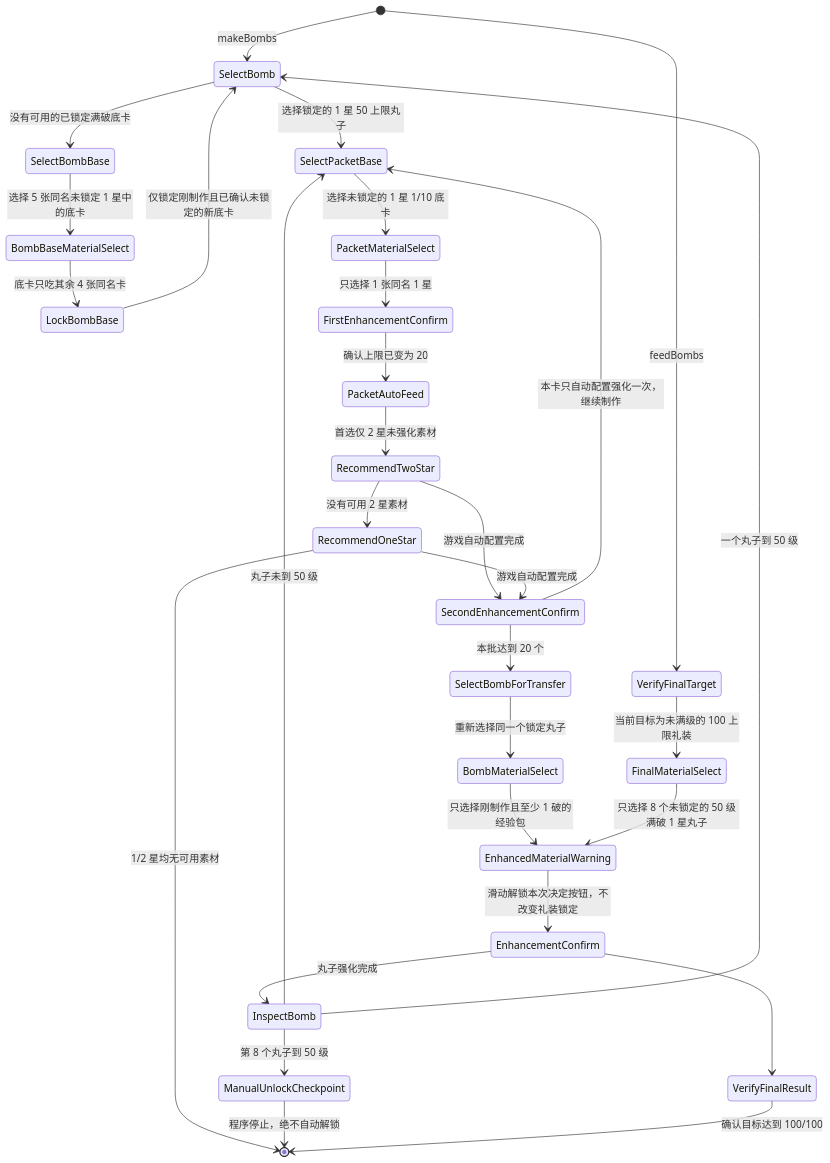
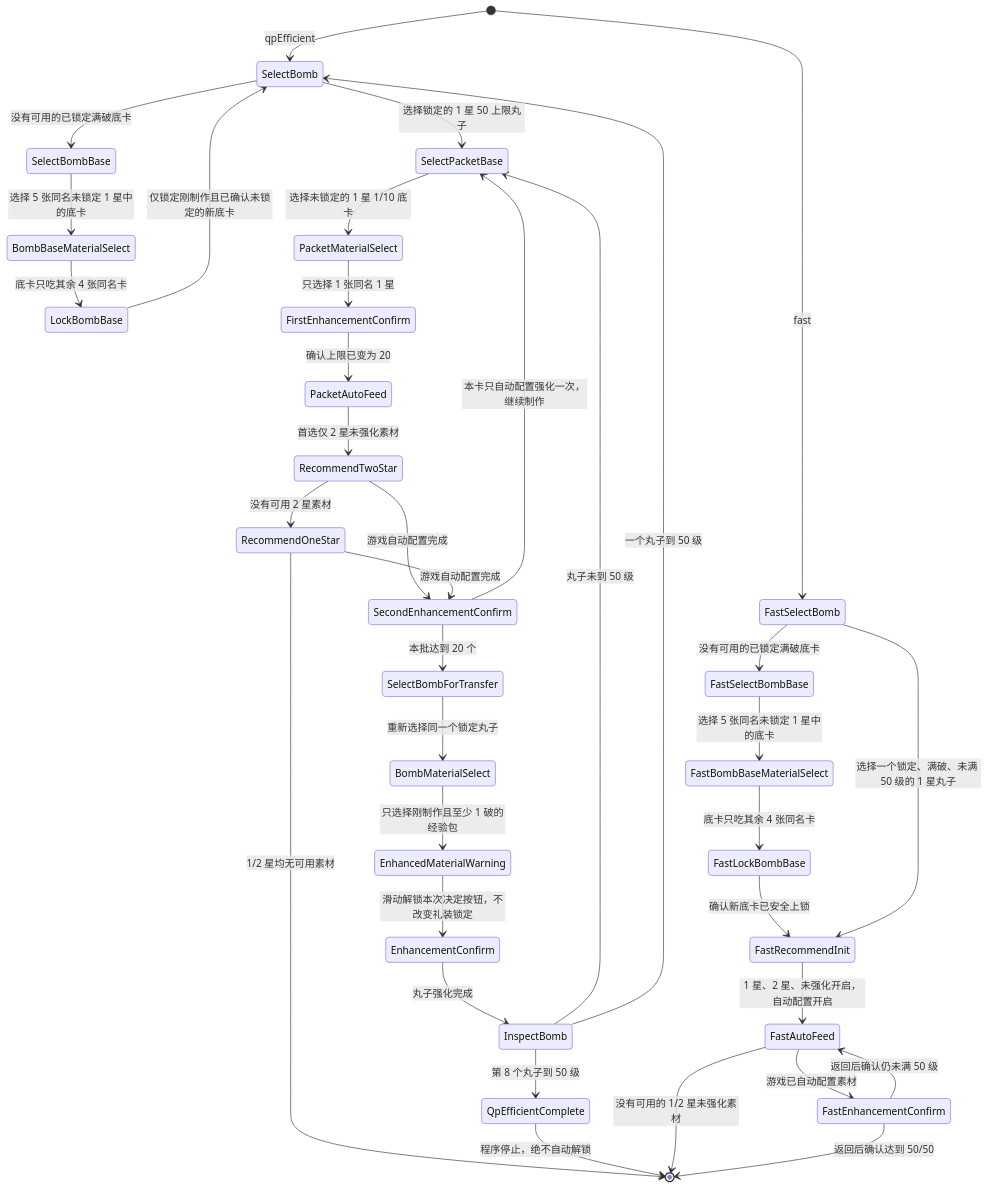
The diagram in docs/state-machines/craft-essence-enhancement-automation.md (ZaiZheTingDun/mash-app), drawn with Mermaid before and after one commit. The commit also changed other lines of this file and 8 other files, not shown here.

Commit message:
feat(ce-enhancement): add fast strategy and overflow recovery

````diff
--- a/docs/state-machines/craft-essence-enhancement-automation.md
+++ b/docs/state-machines/craft-essence-enhancement-automation.md
@@ -12,33 +12,39 @@
 ```mermaid
 stateDiagram-v2
-    [*] --> SelectBomb: makeBombs
+    [*] --> SelectBomb: qpEfficient
     SelectBomb --> SelectBombBase: 没有可用的已锁定满破底卡
     SelectBombBase --> BombBaseMaterialSelect: 选择 5 张同名未锁定 1 星中的底卡
     BombBaseMaterialSelect --> LockBombBase: 底卡只吃其余 4 张同名卡
     LockBombBase --> SelectBomb: 仅锁定刚制作且已确认未锁定的新底卡
     SelectBomb --> SelectPacketBase: 选择锁定的 1 星 50 上限丸子
     SelectPacketBase --> PacketMaterialSelect: 选择未锁定的 1 星 1/10 底卡
     PacketMaterialSelect --> FirstEnhancementConfirm: 只选择 1 张同名 1 星
     FirstEnhancementConfirm --> PacketAutoFeed: 确认上限已变为 20
     PacketAutoFeed --> RecommendTwoStar: 首选仅 2 星未强化素材
     RecommendTwoStar --> RecommendOneStar: 没有可用 2 星素材
     RecommendTwoStar --> SecondEnhancementConfirm: 游戏自动配置完成
     RecommendOneStar --> SecondEnhancementConfirm: 游戏自动配置完成
     RecommendOneStar --> [*]: 1/2 星均无可用素材
     SecondEnhancementConfirm --> SelectPacketBase: 本卡只自动配置强化一次，继续制作
     SecondEnhancementConfirm --> SelectBombForTransfer: 本批达到 20 个
     SelectBombForTransfer --> BombMaterialSelect: 重新选择同一个锁定丸子
     BombMaterialSelect --> EnhancedMaterialWarning: 只选择刚制作且至少 1 破的经验包
     EnhancedMaterialWarning --> EnhancementConfirm: 滑动解锁本次决定按钮，不改变礼装锁定
     EnhancementConfirm --> InspectBomb: 丸子强化完成
     InspectBomb --> SelectPacketBase: 丸子未到 50 级
     InspectBomb --> SelectBomb: 一个丸子到 50 级
-    InspectBomb --> ManualUnlockCheckpoint: 第 8 个丸子到 50 级
-    ManualUnlockCheckpoint --> [*]: 程序停止，绝不自动解锁
+    InspectBomb --> QpEfficientComplete: 第 8 个丸子到 50 级
+    QpEfficientComplete --> [*]: 程序停止，绝不自动解锁
 
-    [*] --> VerifyFinalTarget: feedBombs
-    VerifyFinalTarget --> FinalMaterialSelect: 当前目标为未满级的 100 上限礼装
-    FinalMaterialSelect --> EnhancedMaterialWarning: 只选择 8 个未锁定的 50 级满破 1 星丸子
-    EnhancementConfirm --> VerifyFinalResult
-    VerifyFinalResult --> [*]: 确认目标达到 100/100
+    [*] --> FastSelectBomb: fast
+    FastSelectBomb --> FastSelectBombBase: 没有可用的已锁定满破底卡
+    FastSelectBombBase --> FastBombBaseMaterialSelect: 选择 5 张同名未锁定 1 星中的底卡
+    FastBombBaseMaterialSelect --> FastLockBombBase: 底卡只吃其余 4 张同名卡
+    FastLockBombBase --> FastRecommendInit: 确认新底卡已安全上锁
+    FastSelectBomb --> FastRecommendInit: 选择一个锁定、满破、未满 50 级的 1 星丸子
+    FastRecommendInit --> FastAutoFeed: 1 星、2 星、未强化开启，自动配置开启
+    FastAutoFeed --> FastEnhancementConfirm: 游戏已自动配置素材
+    FastAutoFeed --> [*]: 没有可用的 1/2 星未强化素材
+    FastEnhancementConfirm --> FastAutoFeed: 返回后确认仍未满 50 级
+    FastEnhancementConfirm --> [*]: 返回后确认达到 50/50
 ```
````
